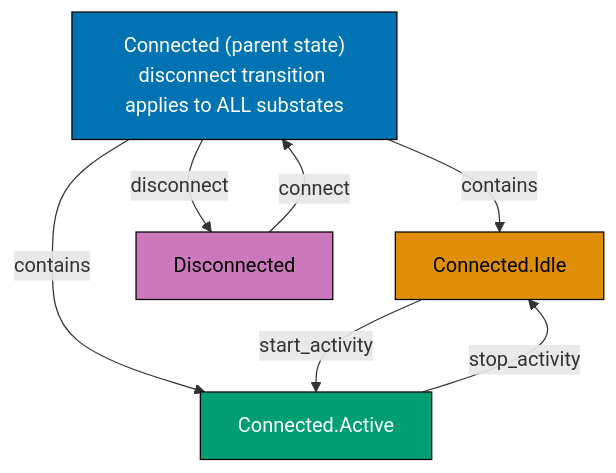
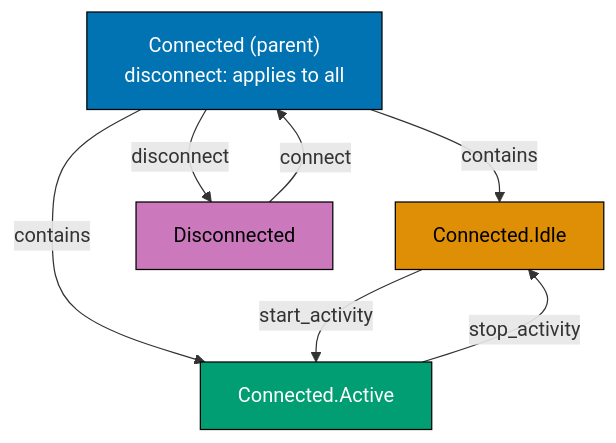
The second of 9 diagrams in apps/ayokoding-web/content/en/learn/software-engineering/architecture/finite-state-machine-fsm/by-example/intermediate.md (wahidyankf/open-sharia-enterprise), drawn with Mermaid before and after one commit. The commit also changed 16 other files, not shown here.

First line of the commit message:
fix(content): fix 46 pre-existing Mermaid violations in tutorial files

````diff
--- a/apps/ayokoding-web/content/en/learn/software-engineering/architecture/finite-state-machine-fsm/by-example/intermediate.md
+++ b/apps/ayokoding-web/content/en/learn/software-engineering/architecture/finite-state-machine-fsm/by-example/intermediate.md
@@ -94,15 +94,15 @@
 ```mermaid
 %% Color Palette: Blue #0173B2, Orange #DE8F05, Teal #029E73, Purple #CC78BC, Brown #CA9161
 graph TD
-    A["Connected (parent state)\ndisconnect transition applies to ALL substates"] -->|"contains"| B["Connected.Idle"]
+    A["Connected (parent)\ndisconnect: applies to all"] -->|"contains"| B["Connected.Idle"]
     A -->|"contains"| C["Connected.Active"]
     A -->|"disconnect"| D["Disconnected"]
     D -->|"connect"| A
     B -->|"start_activity"| C
     C -->|"stop_activity"| B
 
     style A fill:#0173B2,stroke:#000,color:#fff
     style B fill:#DE8F05,stroke:#000,color:#000
     style C fill:#029E73,stroke:#000,color:#fff
     style D fill:#CC78BC,stroke:#000,color:#000
 ```
````
